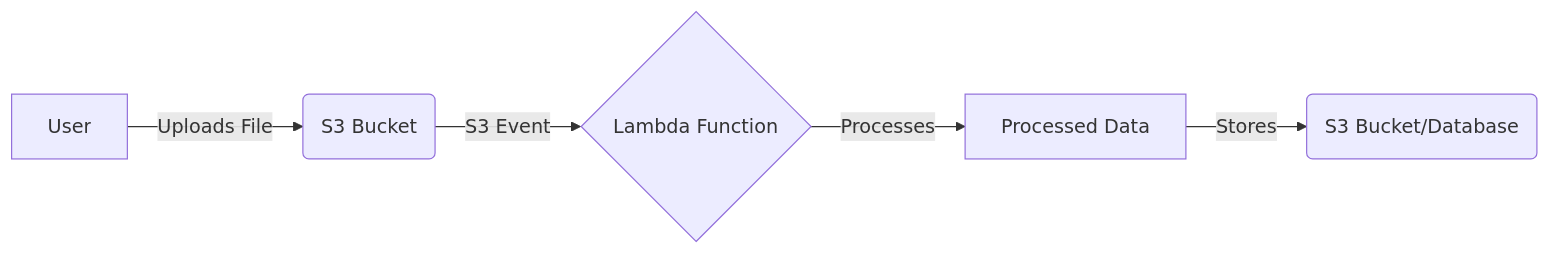
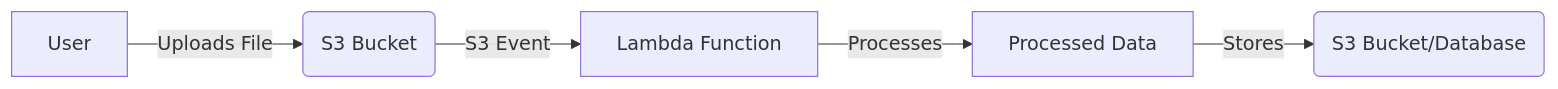
One commit to susmitpy/talks changed the fifth of 15 diagrams in aws_lambda.md. Above: the diagram before and after it, drawn with Mermaid. The commit also changed other lines of this file and 6 other files, not shown here.

````diff
--- a/aws_lambda.md
+++ b/aws_lambda.md
@@ -294,8 +285,7 @@
 ```mermaid
 graph LR
     A[User] -- Uploads File --> B(S3 Bucket)
-    B -- S3 Event --> C{Lambda Function}
+    B -- S3 Event --> C[Lambda Function]
     C -- Processes --> D[Processed Data]
     D -- Stores --> E(S3 Bucket/Database)
-    class B,C fill:#f9f,stroke:#333,stroke-width:2px
 ```
````
